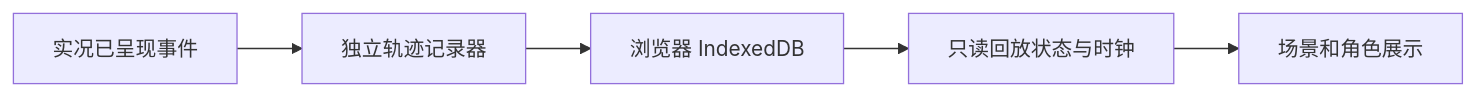
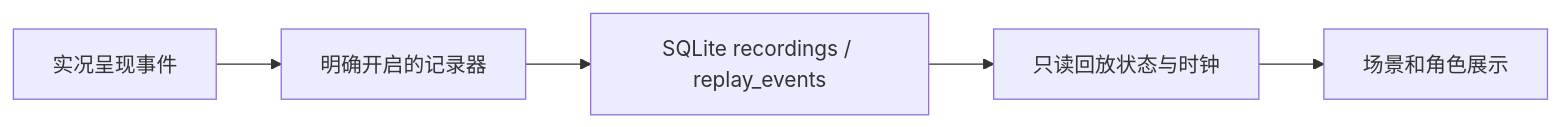
Before and after one commit to Crazy-pea4/mira-cafe: the diagram in docs/STORY_REPLAY_PROPOSAL.md, drawn with Mermaid. The commit also changed other lines of this file and 23 other files, not shown here.

Commit message:
feat: record and replay presented story events

````diff
--- a/docs/STORY_REPLAY_PROPOSAL.md
+++ b/docs/STORY_REPLAY_PROPOSAL.md
@@ -38,7 +32,7 @@
 ```mermaid
 flowchart LR
-  A[实况已呈现事件] --> B[独立轨迹记录器]
-  B --> C[浏览器 IndexedDB]
+  A[实况呈现事件] --> B[明确开启的记录器]
+  B --> C[SQLite recordings / replay_events]
   C --> D[只读回放状态与时钟]
   D --> E[场景和角色展示]
 ```
````
